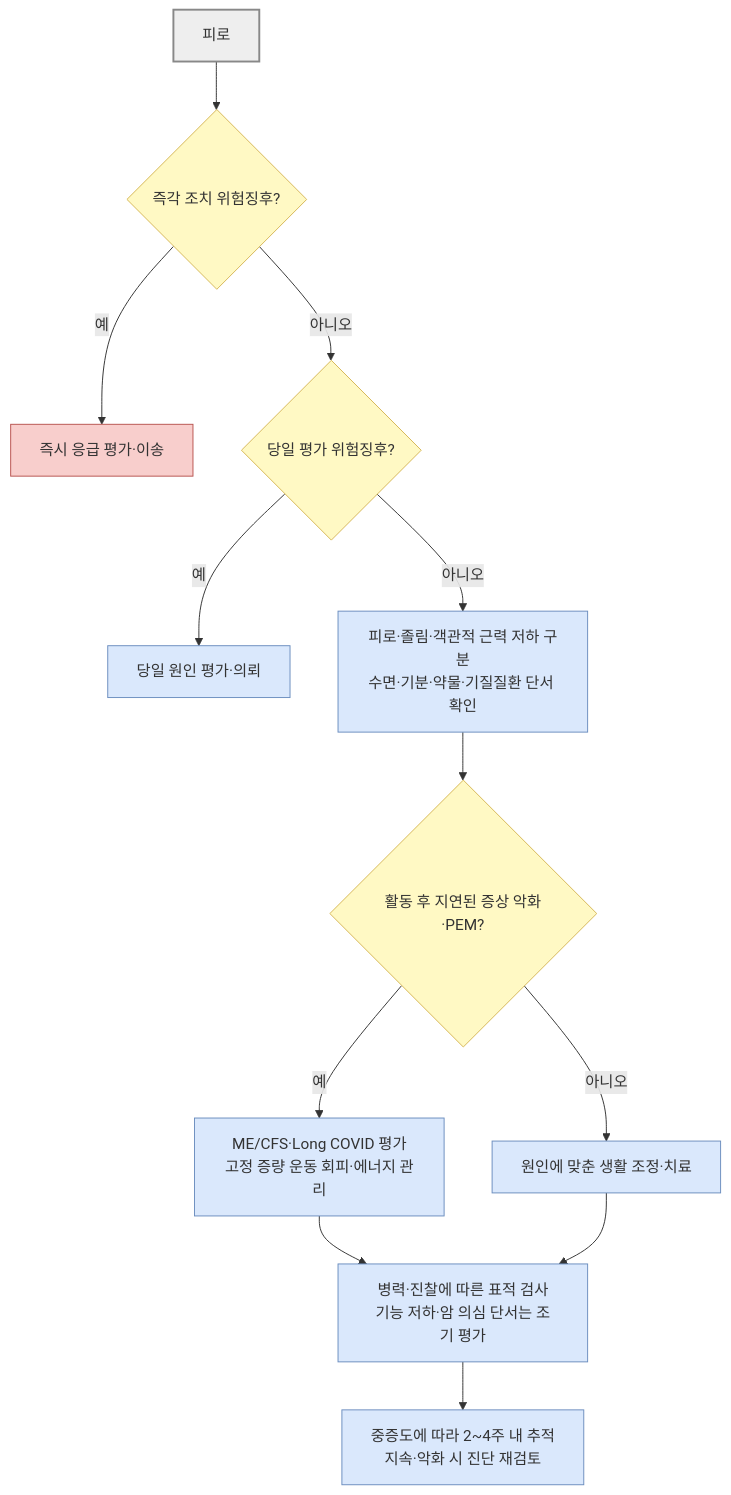
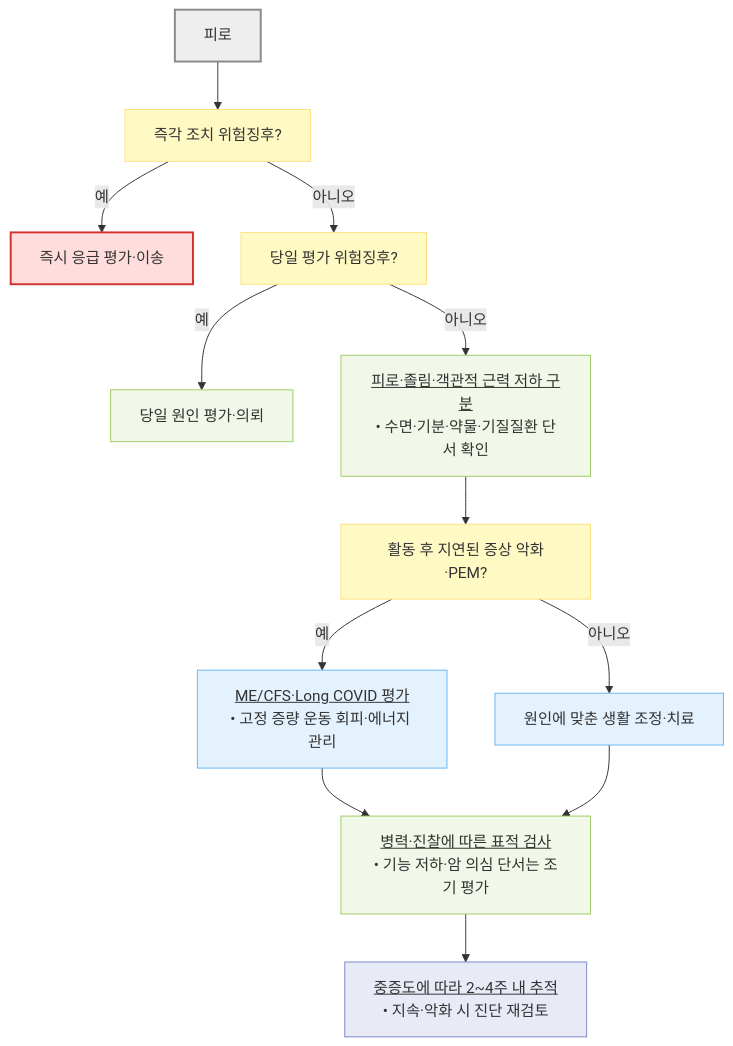
Before and after one commit to familyoh77/familyoh77: the diagram in 220_/014_-fatigue.md, drawn with Mermaid. The commit also changed 13 other files, not shown here.

````diff
--- a/220_/014_-fatigue.md
+++ b/220_/014_-fatigue.md
@@ -225,26 +225,27 @@
 ```mermaid
 flowchart TD
-    A["피로"] --> B{"즉각 조치 위험징후?"}
+    A["피로"] --> B["즉각 조치 위험징후?"]
     B -- "예" --> C["즉시 응급 평가·이송"]
-    B -- "아니오" --> D{"당일 평가 위험징후?"}
+    B -- "아니오" --> D["당일 평가 위험징후?"]
     D -- "예" --> E["당일 원인 평가·의뢰"]
-    D -- "아니오" --> F["`피로·졸림·객관적 근력 저하 구분
-수면·기분·약물·기질질환 단서 확인`"]
-    F --> G{"활동 후 지연된 증상 악화·PEM?"}
-    G -- "예" --> H["`ME/CFS·Long COVID 평가
-고정 증량 운동 회피·에너지 관리`"]
+    D -- "아니오" --> F["<u>피로·졸림·객관적 근력 저하 구분</u><br/>• 수면·기분·약물·기질질환 단서 확인"]
+    F --> G["활동 후 지연된 증상 악화·PEM?"]
+    G -- "예" --> H["<u>ME/CFS·Long COVID 평가</u><br/>• 고정 증량 운동 회피·에너지 관리"]
     G -- "아니오" --> I["원인에 맞춘 생활 조정·치료"]
-    H --> J["`병력·진찰에 따른 표적 검사
-기능 저하·암 의심 단서는 조기 평가`"]
+    H --> J["<u>병력·진찰에 따른 표적 검사</u><br/>• 기능 저하·암 의심 단서는 조기 평가"]
     I --> J
-    J --> K["`중증도에 따라 2~4주 내 추적
-지속·악화 시 진단 재검토`"]
-    classDef start fill:#eee,stroke:#888,stroke-width:2px
-    classDef decision fill:#fff9c4,stroke:#d6b656
-    classDef emergency fill:#f8cecc,stroke:#b85450
-    classDef treatment fill:#dae8fc,stroke:#6c8ebf
+    J --> K["<u>중증도에 따라 2~4주 내 추적</u><br/>• 지속·악화 시 진단 재검토"]
+
+    classDef start fill:#eeeeee,stroke:#888888,stroke-width:2px
+    classDef question fill:#fff9c4,stroke:#ffe082
+    classDef emergency fill:#ffdddd,stroke:#d32f2f,stroke-width:2px
+    classDef evaluation fill:#f1f8e9,stroke:#9ccc65
+    classDef treatment fill:#e3f2fd,stroke:#64b5f6
+    classDef followup fill:#e8eaf6,stroke:#7986cb
     class A start
-    class B,D,G decision
+    class B,D,G question
     class C emergency
-    class E,F,H,I,J,K treatment
+    class E,F,J evaluation
+    class H,I treatment
+    class K followup
 ```
````
